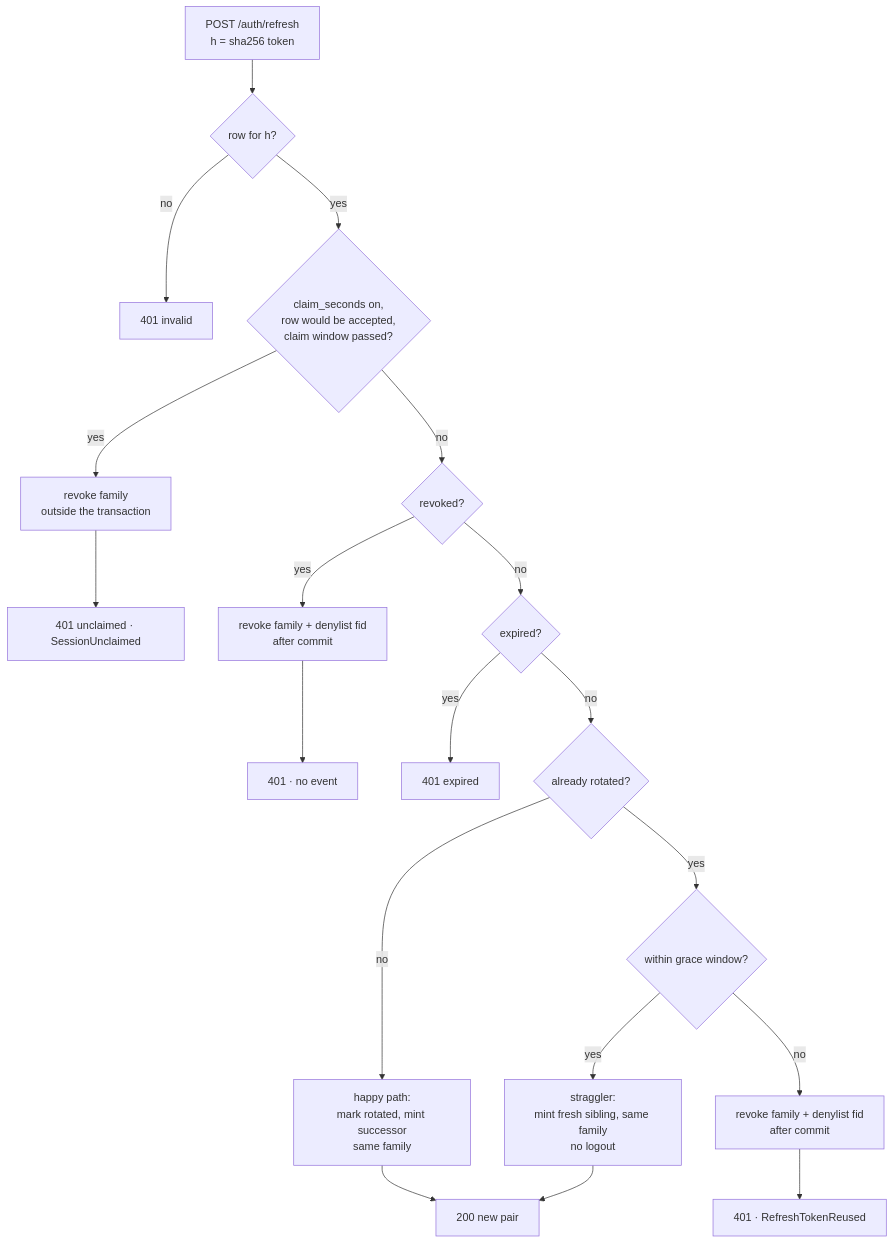
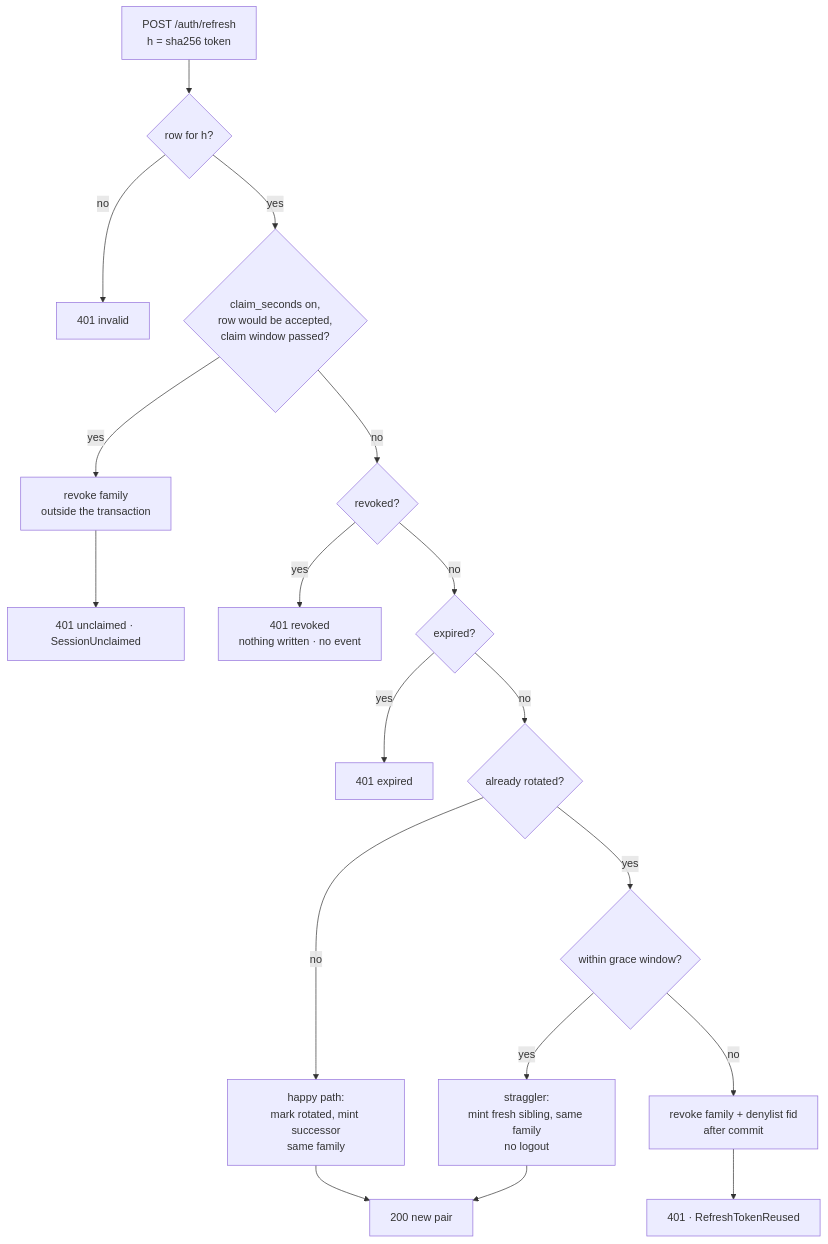
Before and after one commit to stsepelin/lukk-docs: the diagram in docs/tokens-and-rotation.md, drawn with Mermaid. The commit also changed other lines of this file and 14 other files, not shown here.

````diff
--- a/docs/tokens-and-rotation.md
+++ b/docs/tokens-and-rotation.md
@@ -89,16 +97,16 @@
 ```mermaid
 flowchart TD
     A[POST /auth/refresh<br/>h = sha256 token] --> B{row for h?}
     B -- no --> X[401 invalid]
     B -- yes --> N{claim_seconds on,<br/>row would be accepted,<br/>claim window passed?}
     N -- yes --> U[revoke family<br/>outside the transaction] --> V[401 unclaimed · SessionUnclaimed]
     N -- no --> C{revoked?}
-    C -- yes --> KR[revoke family + denylist fid<br/>after commit] --> R0[401 · no event]
+    C -- yes --> R0[401 revoked<br/>nothing written · no event]
     C -- no --> D{expired?}
     D -- yes --> X2[401 expired]
     D -- no --> E{already rotated?}
     E -- no --> H[happy path:<br/>mark rotated, mint successor<br/>same family] --> P[200 new pair]
     E -- yes --> G{within grace window?}
     G -- yes --> S[straggler:<br/>mint fresh sibling, same family<br/>no logout] --> P
     G -- no --> K[revoke family + denylist fid<br/>after commit] --> R[401 · RefreshTokenReused]
 ```
````
